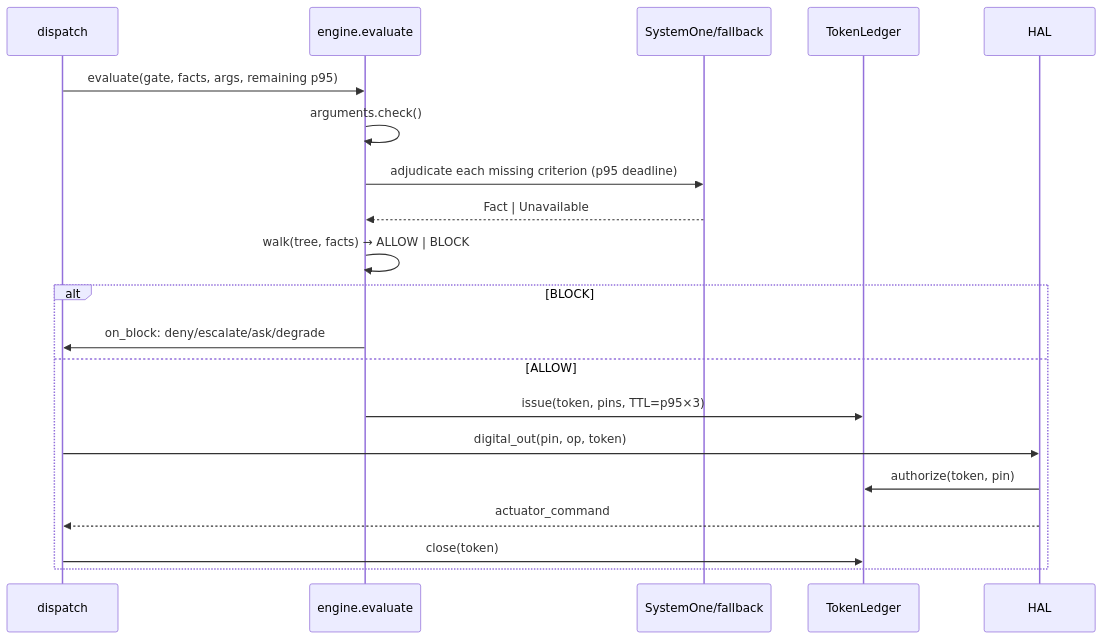
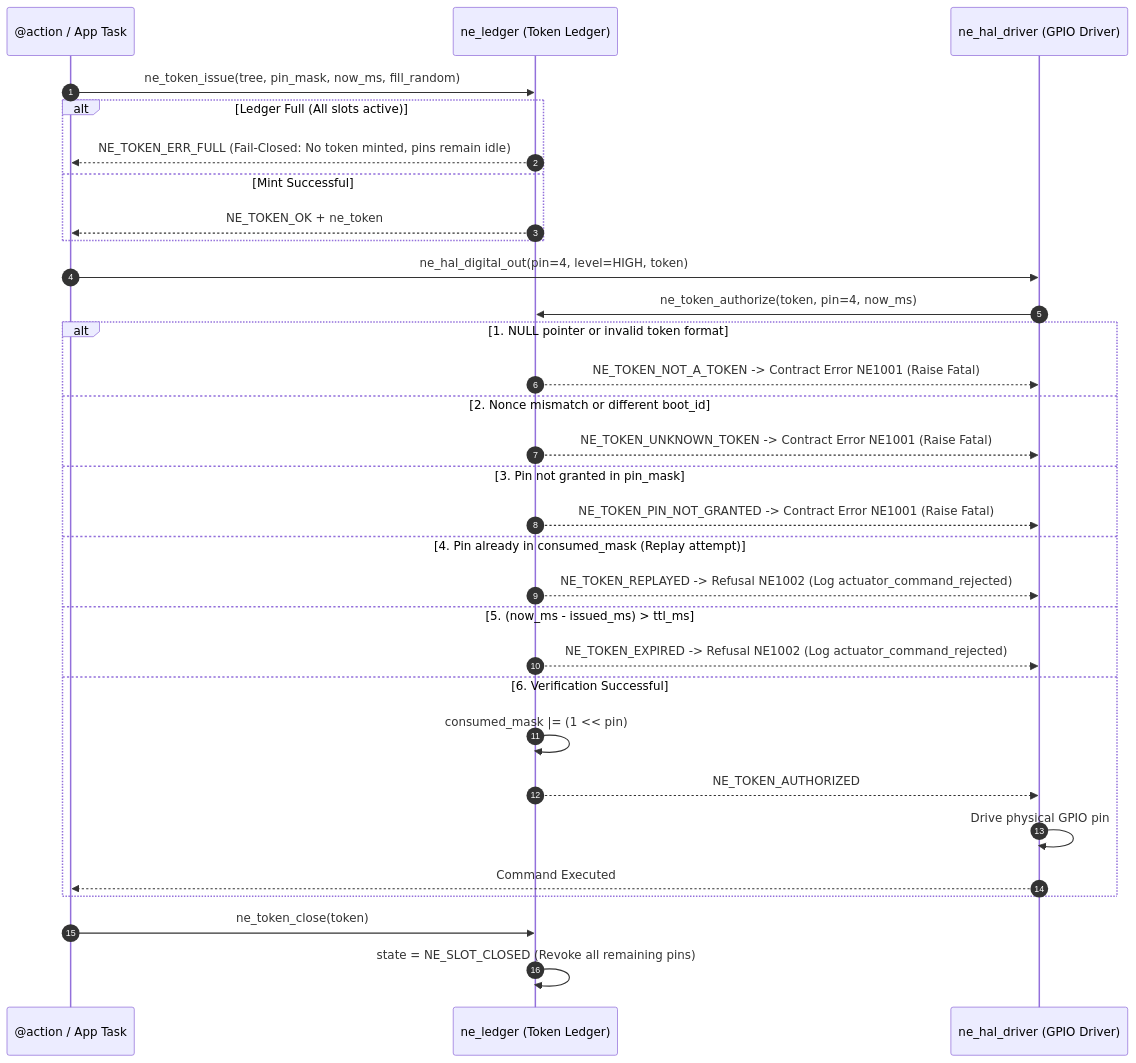
Before and after one commit to letrongminh/neuroedge-init: the fifth of 5 diagrams in docs/architecture/en/05-code-gate-hal-c4l4.md, drawn with Mermaid. The commit also changed other lines of this file and 35 other files, not shown here.

First line of the commit message:
docs(architecture): comprehensive upgrade of architecture suite, Mermaid diagrams and vector posters

````diff
--- a/docs/architecture/en/05-code-gate-hal-c4l4.md
+++ b/docs/architecture/en/05-code-gate-hal-c4l4.md
@@ -28,22 +370,37 @@
 ```mermaid
 sequenceDiagram
-    participant D as dispatch
-    participant G as engine.evaluate
-    participant S as SystemOne/fallback
-    participant L as TokenLedger
-    participant H as HAL
-    D->>G: evaluate(gate, facts, args, remaining p95)
-    G->>G: arguments.check()
-    G->>S: adjudicate each missing criterion (p95 deadline)
-    S-->>G: Fact | Unavailable
-    G->>G: walk(tree, facts) → ALLOW | BLOCK
-    alt BLOCK
-        G->>D: on_block: deny/escalate/ask/degrade
-    else ALLOW
-        G->>L: issue(token, pins, TTL=p95×3)
-        D->>H: digital_out(pin, op, token)
-        H->>L: authorize(token, pin)
-        H-->>D: actuator_command
-        D->>L: close(token)
+    autonumber
+    participant App as @action / App Task
+    participant L as ne_ledger (Token Ledger)
+    participant HAL as ne_hal_driver (GPIO Driver)
+    
+    App->>L: ne_token_issue(tree, pin_mask, now_ms, fill_random)
+    alt Ledger Full (All slots active)
+        L-->>App: NE_TOKEN_ERR_FULL (Fail-Closed: No token minted, pins remain idle)
+    else Mint Successful
+        L-->>App: NE_TOKEN_OK + ne_token
     end
+
+    App->>HAL: ne_hal_digital_out(pin=4, level=HIGH, token)
+    HAL->>L: ne_token_authorize(token, pin=4, now_ms)
+    
+    alt 1. NULL pointer or invalid token format
+        L-->>HAL: NE_TOKEN_NOT_A_TOKEN -> Contract Error NE1001 (Raise Fatal)
+    else 2. Nonce mismatch or different boot_id
+        L-->>HAL: NE_TOKEN_UNKNOWN_TOKEN -> Contract Error NE1001 (Raise Fatal)
+    else 3. Pin not granted in pin_mask
+        L-->>HAL: NE_TOKEN_PIN_NOT_GRANTED -> Contract Error NE1001 (Raise Fatal)
+    else 4. Pin already in consumed_mask (Replay attempt)
+        L-->>HAL: NE_TOKEN_REPLAYED -> Refusal NE1002 (Log actuator_command_rejected)
+    else 5. (now_ms - issued_ms) > ttl_ms
+        L-->>HAL: NE_TOKEN_EXPIRED -> Refusal NE1002 (Log actuator_command_rejected)
+    else 6. Verification Successful
+        L->>L: consumed_mask |= (1 << pin)
+        L-->>HAL: NE_TOKEN_AUTHORIZED
+        HAL->>HAL: Drive physical GPIO pin
+        HAL-->>App: Command Executed
+    end
+
+    App->>L: ne_token_close(token)
+    L->>L: state = NE_SLOT_CLOSED (Revoke all remaining pins)
 ```
````
